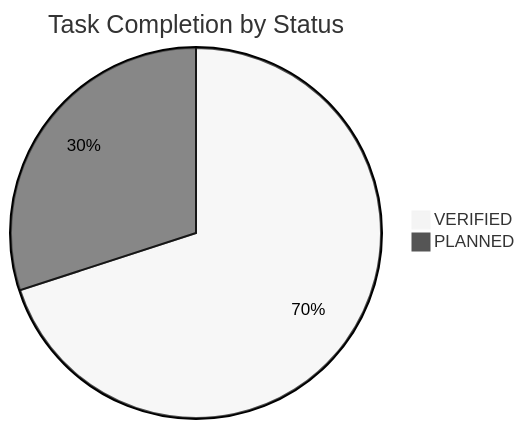
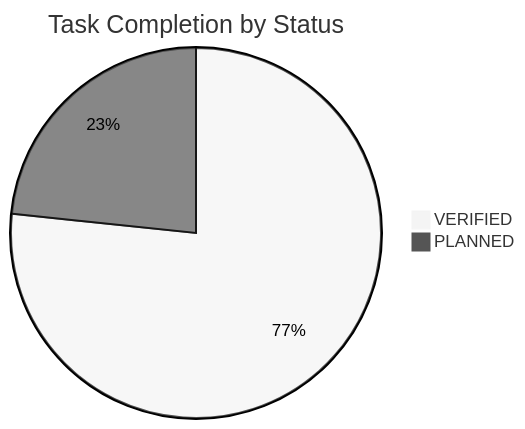
One commit to NguyenTriBaoThang/ClearWayAI changed the diagram in docs/TASK_BOARD.md. Above: the diagram before and after it, drawn with Mermaid (neutral theme). The commit also changed other lines of this file and 9 other files, not shown here.

````diff
--- a/docs/TASK_BOARD.md
+++ b/docs/TASK_BOARD.md
@@ -16,5 +16,5 @@
 ```mermaid
 pie title Task Completion by Status
-    "VERIFIED" : 42
-    "PLANNED" : 18
+    "VERIFIED" : 46
+    "PLANNED" : 14
 ```
````
